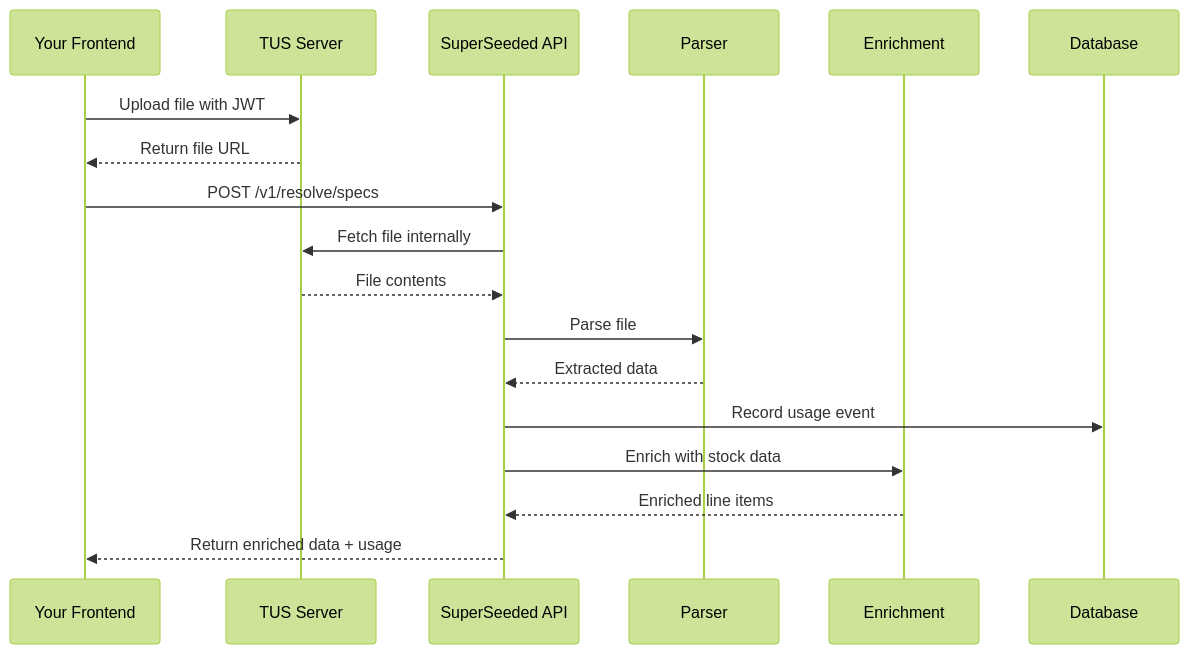
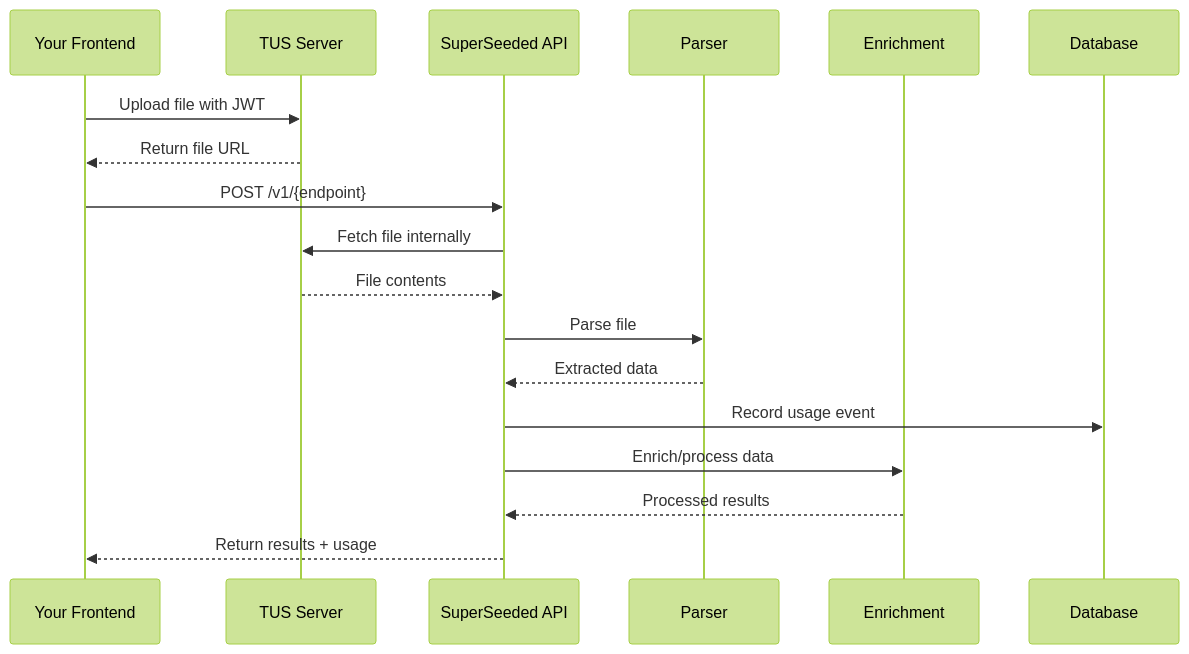
One commit to superseeded/docs changed the diagram in platform-integration/tus-webhook.mdx. Above: the diagram before and after it, drawn with Mermaid (forest theme). The commit also changed other lines of this file and 16 other files, not shown here.

````diff
--- a/platform-integration/tus-webhook.mdx
+++ b/platform-integration/tus-webhook.mdx
@@ -28,21 +26,21 @@
 ```mermaid
 sequenceDiagram
     participant F as Your Frontend
     participant T as TUS Server
     participant A as SuperSeeded API
     participant P as Parser
     participant E as Enrichment
     participant D as Database
-    
+
     F->>T: Upload file with JWT
     T-->>F: Return file URL
-    F->>A: POST /v1/resolve/specs
+    F->>A: POST /v1/{endpoint}
     A->>T: Fetch file internally
     T-->>A: File contents
     A->>P: Parse file
     P-->>A: Extracted data
     A->>D: Record usage event
-    A->>E: Enrich with stock data
-    E-->>A: Enriched line items
-    A-->>F: Return enriched data + usage
+    A->>E: Enrich/process data
+    E-->>A: Processed results
+    A-->>F: Return results + usage
 ```
````
